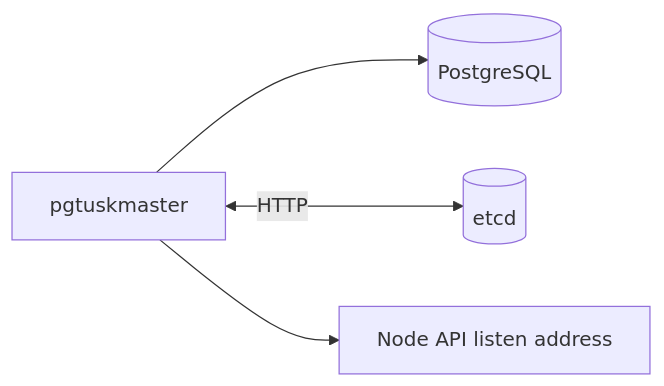
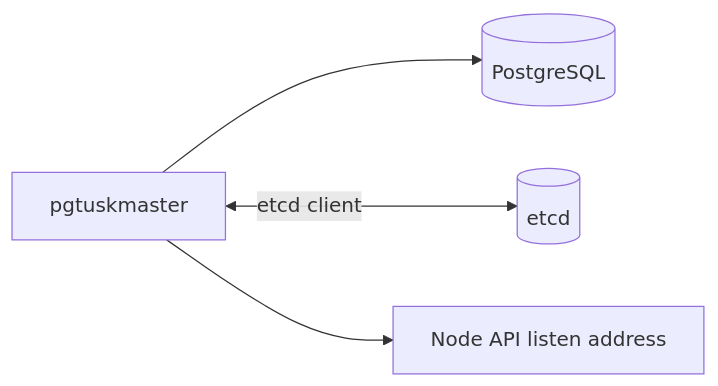
The diagram in docs/src/operations/deployment.md (djosh34/pgtuskmaster_rust), drawn with Mermaid before and after one commit. The commit also changed other lines of this file and 36 other files, not shown here.

First line of the commit message:
task finished 33-task-deep-skeptical-verification-of-doc-facts-and-writing-quality: audit docs + fix diagrams/test flake

````diff
--- a/docs/src/operations/deployment.md
+++ b/docs/src/operations/deployment.md
@@ -9,6 +9,6 @@
 ```mermaid
 flowchart LR
   Node[pgtuskmaster] --> PG[(PostgreSQL)]
-  Node <-->|HTTP| ETCD[(etcd)]
+  Node <-->|etcd client| ETCD[(etcd)]
   Node --> API[Node API listen address]
 ```
````
